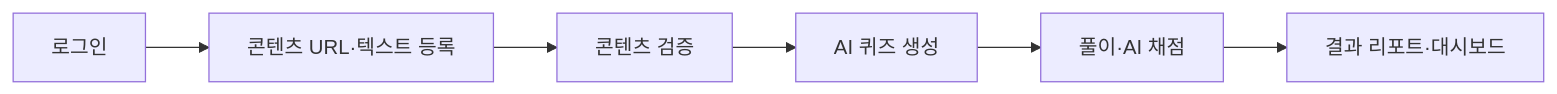
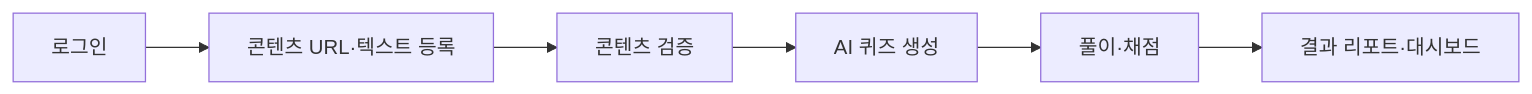
The first of 4 diagrams in README.md (realdev-int2/INT2-Readle-Team02-BE), drawn with Mermaid before and after one commit. The commit also changed other lines of this file, not shown here.

````diff
--- a/README.md
+++ b/README.md
@@ -56,8 +56,8 @@
 ```mermaid
 flowchart LR
     A[로그인] --> B[콘텐츠 URL·텍스트 등록]
     B --> C[콘텐츠 검증]
     C --> D[AI 퀴즈 생성]
-    D --> E[풀이·AI 채점]
+    D --> E[풀이·채점]
     E --> F[결과 리포트·대시보드]
 ```
````
